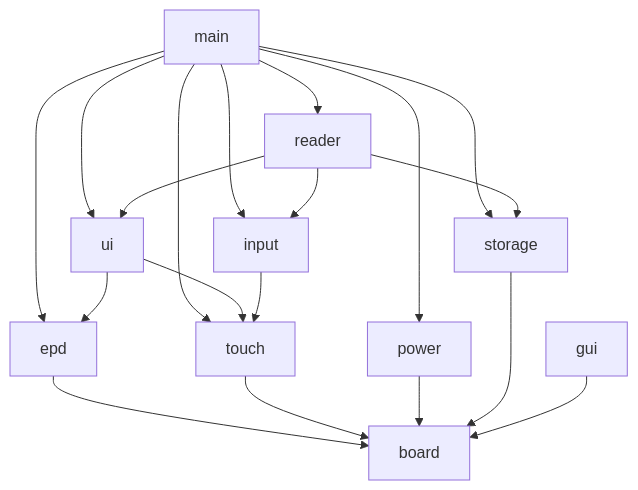
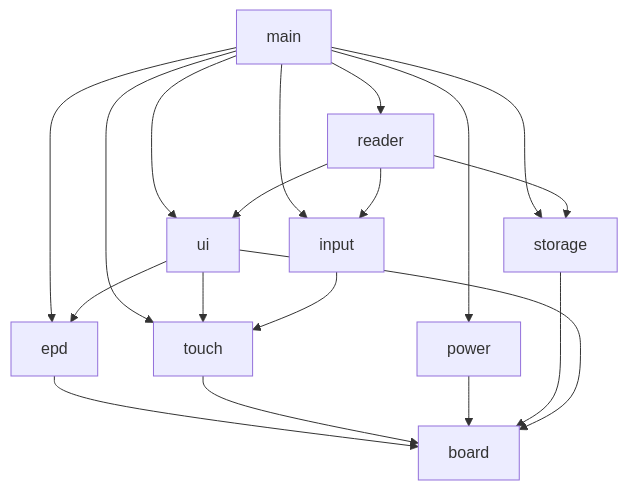
Before and after one commit to xiaobaoaaaaaa/ESPaperPlay: the first of 2 diagrams in README.md, drawn with Mermaid. The commit also changed other lines of this file, not shown here.

````diff
--- a/README.md
+++ b/README.md
@@ -54,25 +57,25 @@
 ```mermaid
 graph TD
     main[main] --> reader[reader]
     main --> ui[ui]
     main --> input[input]
     main --> power[power]
     main --> storage[storage]
     main --> touch[touch]
     main --> epd[epd]
 
     reader --> ui
     reader --> input
     reader --> storage
 
     ui --> epd
     ui --> touch
 
     input --> touch
 
     epd --> board[board]
     touch --> board
     power --> board
     storage --> board
-    gui --> board
+    ui --> board
 ```
````
